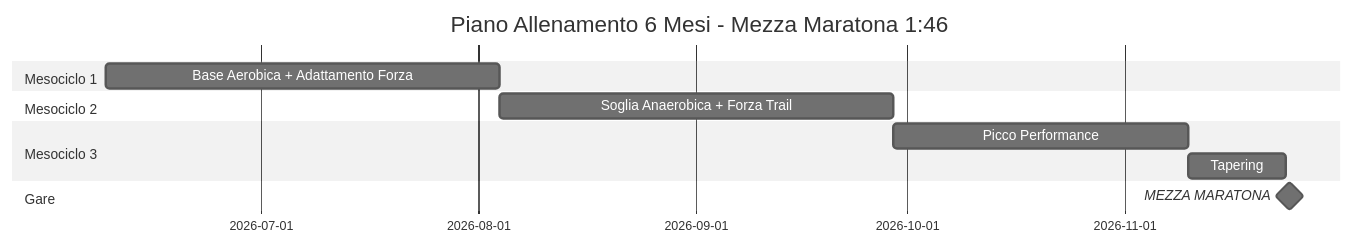
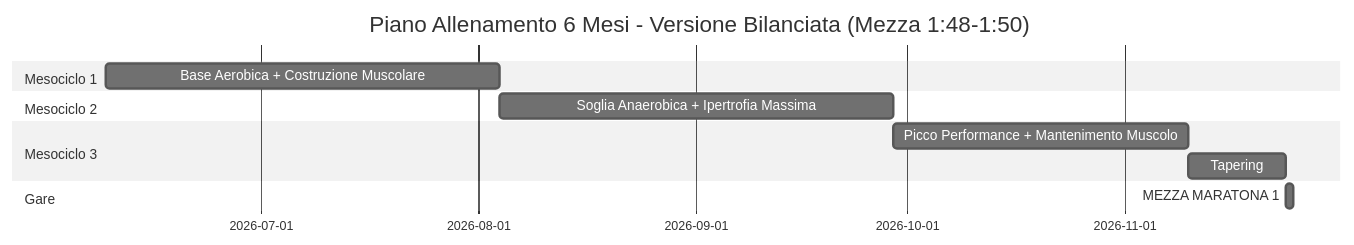
Before and after one commit to negativebrain/PianoAllenamento: the first of 11 diagrams in Diagramma_Periodizzazione.md, drawn with Mermaid (neutral theme). The commit also changed other lines of this file and 3 other files, not shown here.

Commit message:
piano versione bilanciata

````diff
--- a/Diagramma_Periodizzazione.md
+++ b/Diagramma_Periodizzazione.md
@@ -7,14 +8,14 @@
 ```mermaid
 gantt
-    title Piano Allenamento 6 Mesi - Mezza Maratona 1:46
+    title Piano Allenamento 6 Mesi - Versione Bilanciata (Mezza 1:48-1:50)
     dateFormat YYYY-MM-DD
     section Mesociclo 1
-    Base Aerobica + Adattamento Forza :m1, 2026-06-09, 56d
+    Base Aerobica + Costruzione Muscolare :m1, 2026-06-09, 56d
     section Mesociclo 2
-    Soglia Anaerobica + Forza Trail :m2, after m1, 56d
+    Soglia Anaerobica + Ipertrofia Massima :m2, after m1, 56d
     section Mesociclo 3
-    Picco Performance :m3a, after m2, 42d
+    Picco Performance + Mantenimento Muscolo :m3a, after m2, 42d
     Tapering :m3b, after m3a, 14d
     section Gare
-    MEZZA MARATONA :milestone, after m3b, 1d
+    MEZZA MARATONA 1:48-1:50 :milestone, after m3b, 1d
 ```
````
